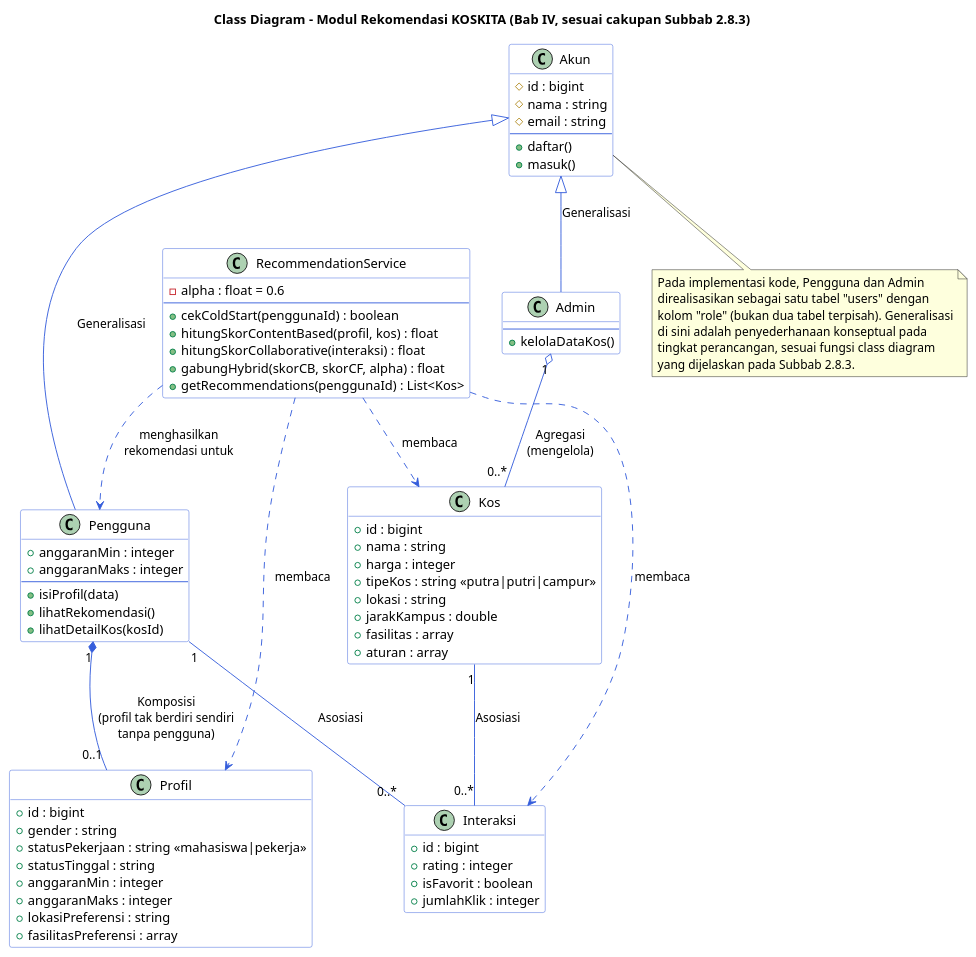
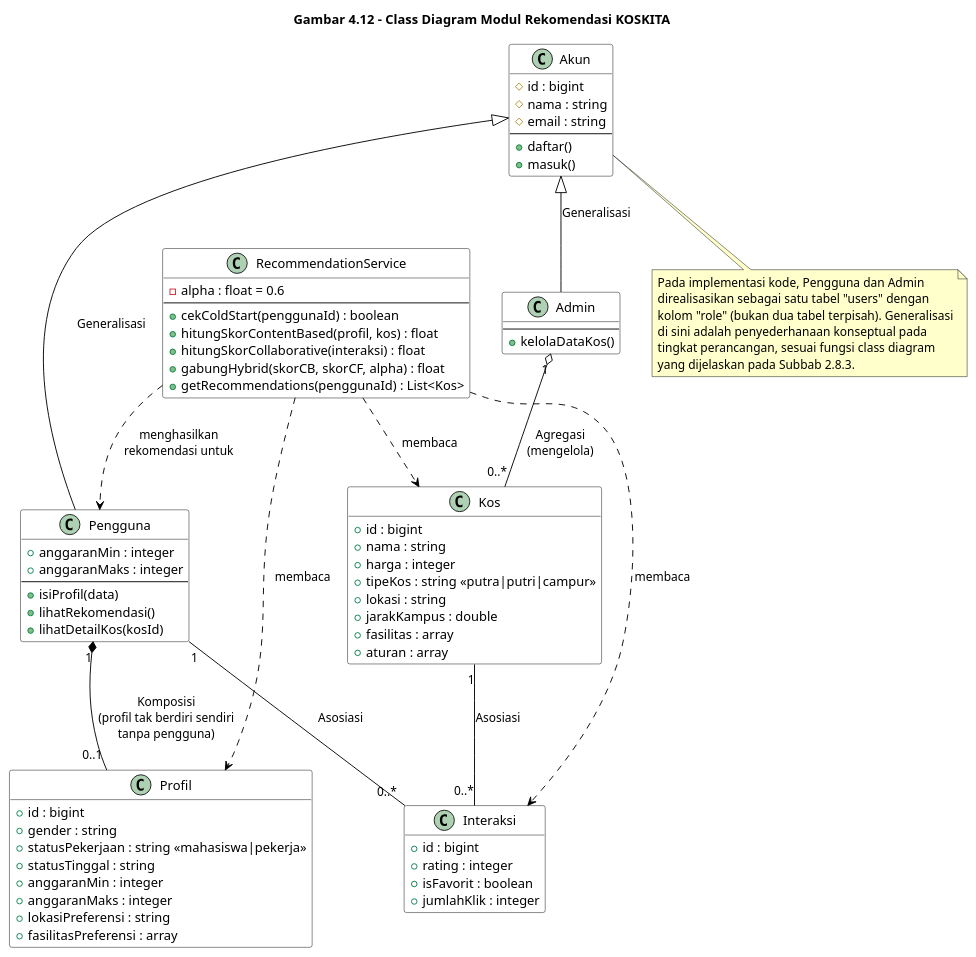
The diagram in docs/diagrams/skripsi/gambar-class-diagram.puml (bryandaniel1304/koskita), drawn with PlantUML before and after one commit. The commit also changed 45 other files, not shown here.

First line of the commit message:
Pecah use case diagram per aktor & lengkapi diagram activity skripsi

```diff
--- a/docs/diagrams/skripsi/gambar-class-diagram.puml
+++ b/docs/diagrams/skripsi/gambar-class-diagram.puml
@@ -1,97 +1,100 @@
 @startuml gambar-class-diagram
-title Class Diagram - Modul Rekomendasi KOSKITA (Bab IV, sesuai cakupan Subbab 2.8.3)
+title Gambar 4.12 - Class Diagram Modul Rekomendasi KOSKITA
 skinparam backgroundColor White
 hide empty members
+' Gaya hitam-putih polos mengikuti format referensi skripsi contoh.
 skinparam class {
   BackgroundColor White
-  BorderColor #355DDB
-  ArrowColor #355DDB
+  BorderColor Black
+  ArrowColor Black
 }
+skinparam NoteBackgroundColor #FFFFCC
+skinparam NoteBorderColor Black
 
 class Akun {
   # id : bigint
   # nama : string
   # email : string
   --
   + daftar()
   + masuk()
 }
 
 class Pengguna {
   + anggaranMin : integer
   + anggaranMaks : integer
   --
   + isiProfil(data)
   + lihatRekomendasi()
   + lihatDetailKos(kosId)
 }
 
 class Admin {
   --
   + kelolaDataKos()
 }
 
 class Profil {
   + id : bigint
   + gender : string
   + statusPekerjaan : string <<mahasiswa|pekerja>>
   + statusTinggal : string
   + anggaranMin : integer
   + anggaranMaks : integer
   + lokasiPreferensi : string
   + fasilitasPreferensi : array
 }
 
 class Kos {
   + id : bigint
   + nama : string
   + harga : integer
   + tipeKos : string <<putra|putri|campur>>
   + lokasi : string
   + jarakKampus : double
   + fasilitas : array
   + aturan : array
 }
 
 class Interaksi {
   + id : bigint
   + rating : integer
   + isFavorit : boolean
   + jumlahKlik : integer
 }
 
 class RecommendationService {
   - alpha : float = 0.6
   --
   + cekColdStart(penggunaId) : boolean
   + hitungSkorContentBased(profil, kos) : float
   + hitungSkorCollaborative(interaksi) : float
   + gabungHybrid(skorCB, skorCF, alpha) : float
   + getRecommendations(penggunaId) : List<Kos>
 }
 
 ' ===== Relasi struktural =====
 Akun <|-- Pengguna : Generalisasi
 Akun <|-- Admin : Generalisasi
 
 Pengguna "1" *-- "0..1" Profil : Komposisi\n(profil tak berdiri sendiri\ntanpa pengguna)
 Pengguna "1" -- "0..*" Interaksi : Asosiasi
 Kos "1" -- "0..*" Interaksi : Asosiasi
 Admin "1" o-- "0..*" Kos : Agregasi\n(mengelola)
 
 ' ===== Relasi dengan modul rekomendasi =====
 RecommendationService ..> Profil : membaca
 RecommendationService ..> Interaksi : membaca
 RecommendationService ..> Kos : membaca
 RecommendationService ..> Pengguna : menghasilkan\nrekomendasi untuk
 
 note bottom of Akun
   Pada implementasi kode, Pengguna dan Admin
   direalisasikan sebagai satu tabel "users" dengan
   kolom "role" (bukan dua tabel terpisah). Generalisasi
   di sini adalah penyederhanaan konseptual pada
   tingkat perancangan, sesuai fungsi class diagram
   yang dijelaskan pada Subbab 2.8.3.
 end note
 
 @enduml
```
